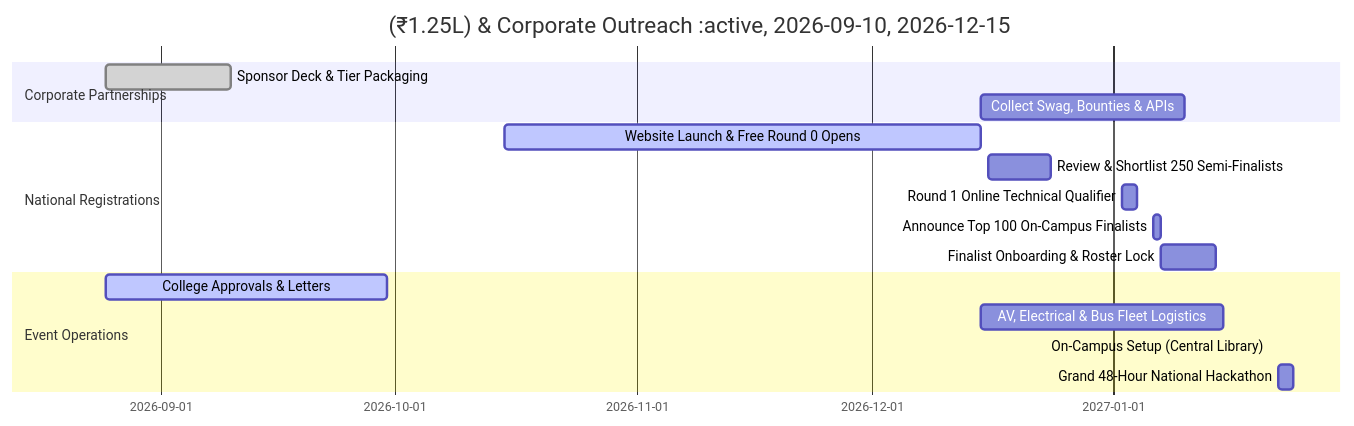
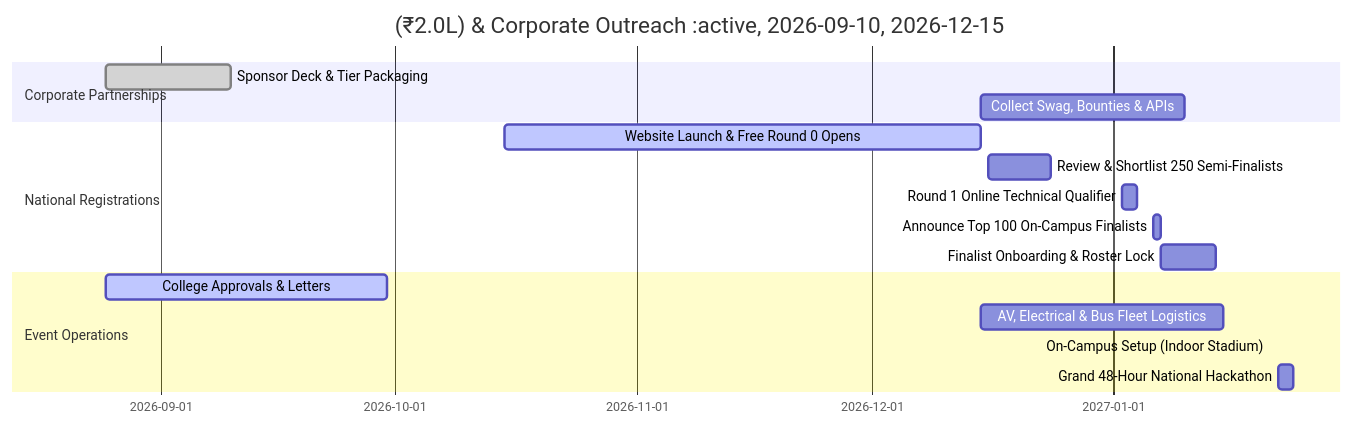
One commit to MasterZ1311/Kairos changed the third of 3 diagrams in README.md. Above: the diagram before and after it, drawn with Mermaid. The commit also changed other lines of this file and 28 other files, not shown here.

````diff
--- a/README.md
+++ b/README.md
@@ -117,20 +116,20 @@
 ```mermaid
 gantt
     title Kairos 2027 (Grand Edition) Master Execution Runway
     dateFormat  YYYY-MM-DD
     section Corporate Partnerships
     Sponsor Deck & Tier Packaging         :done, 2026-08-25, 2026-09-10
-    Title (₹1.25L) & Corporate Outreach   :active, 2026-09-10, 2026-12-15
+    Title (₹2.0L) & Corporate Outreach    :active, 2026-09-10, 2026-12-15
     Collect Swag, Bounties & APIs        :2026-12-15, 2027-01-10
     section National Registrations
     Website Launch & Free Round 0 Opens  :active, 2026-10-15, 2026-12-15
     Review & Shortlist 250 Semi-Finalists:2026-12-16, 2026-12-24
     Round 1 Online Technical Qualifier   :2027-01-02, 2027-01-04
     Announce Top 100 On-Campus Finalists :2027-01-06, 2027-01-07
     Finalist Onboarding & Roster Lock    :2027-01-07, 2027-01-14
     section Event Operations
     College Approvals & Letters          :active, 2026-08-25, 2026-09-30
     AV, Electrical & Bus Fleet Logistics :2026-12-15, 2027-01-15
-    On-Campus Setup (Central Library)    :2027-01-21, 2027-01-21
+    On-Campus Setup (Indoor Stadium)     :2027-01-21, 2027-01-21
     Grand 48-Hour National Hackathon     :2027-01-22, 2027-01-24
 ```
````
